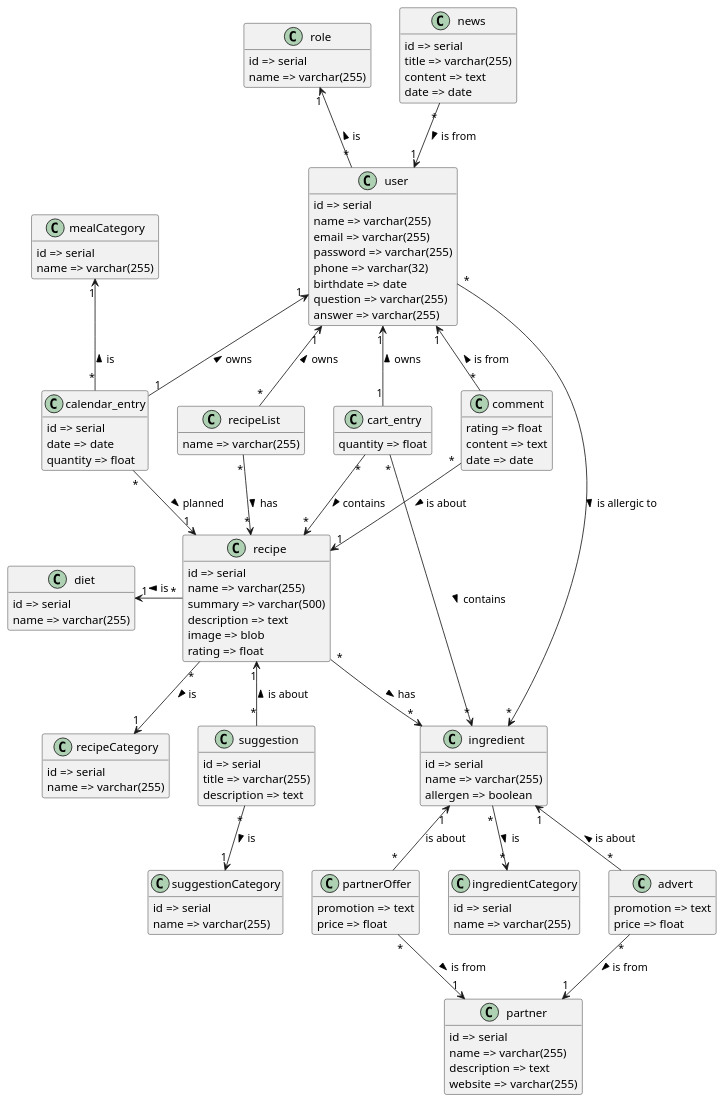
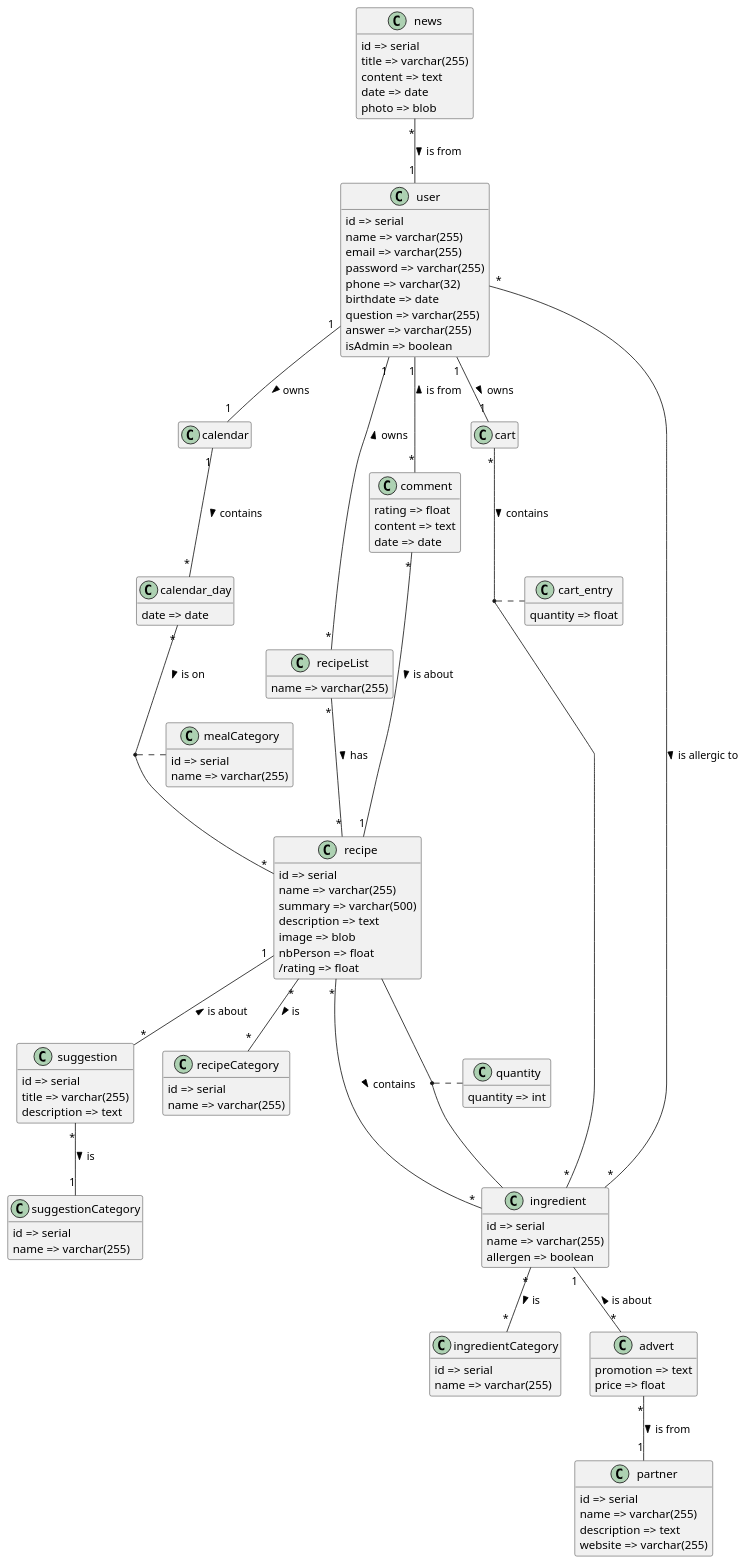
One commit to iusildra/WineCellar changed the diagram in doc/reports/domainAnalysis/plantuml/model.plantuml. Above: the diagram before and after it, drawn with PlantUML.

Commit message:
Updated model diagram

```diff
--- a/doc/reports/domainAnalysis/plantuml/model.plantuml
+++ b/doc/reports/domainAnalysis/plantuml/model.plantuml
@@ -1,142 +1,136 @@
 @startuml model
 hide empty members
-
-class diet {
-  {field} id => serial
-  {field} name => varchar(255)
-}
+' skinparam Linetype polyline
 
 class ingredientCategory {
   {field} id => serial
   {field} name => varchar(255)
 }
 
 class recipeCategory {
   {field} id => serial
   {field} name => varchar(255)
 }
 
 class suggestionCategory {
   {field} id => serial
   {field} name => varchar(255)
 }
 
 class mealCategory {
   {field} id => serial
   {field} name => varchar(255)
 }
 
-class role {
-  {field} id => serial
-  {field} name => varchar(255)
-}
-
 class ingredient {
   {field} id => serial
   {field} name => varchar(255)
   {field} allergen => boolean
 }
 
 class recipe {
   {field} id => serial
   {field} name => varchar(255)
   {field} summary => varchar(500)
   {field} description => text
   {field} image => blob
-  {field} rating => float
+  {field} nbPerson => float
+  {field} /rating => float
 }
 
 
 class advert {
   {field} promotion => text
   {field} price => float
 }
 
 class suggestion {
   {field} id => serial
   {field} title => varchar(255)
   {field} description => text
 }
 
 
 class comment {
   {field} rating => float
   {field} content => text
   {field} date => date
 }
 
+class calendar
 
-class calendar_entry {
-  {field} id => serial
+class calendar_day {
   {field} date => date
-  {field} quantity => float
 }
 
 
 class recipeList {
   {field} name => varchar(255)
 }
 
+class cart {
+}
 
 class cart_entry {
   quantity => float
 }
 
 class partner {
   {field} id => serial
   {field} name => varchar(255)
   {field} description => text
   {field} website => varchar(255)
 }
 
-class partnerOffer {
-  {field} promotion => text
-  {field} price => float
-}
-
 class news {
   {field} id => serial
   {field} title => varchar(255)
   {field} content => text
   {field} date => date
+  {field} photo => blob
 }
 
 class user {
   {field} id => serial
   {field} name => varchar(255)
   {field} email => varchar(255)
   {field} password => varchar(255)
   {field} phone => varchar(32)
   {field} birthdate => date
   {field} question => varchar(255)
   {field} answer => varchar(255)
+  {field} isAdmin => boolean
 }
 
-advert "*"        -u-> "1" ingredient: > is about
-partnerOffer "*"  -u-> "1" ingredient: is about
-cart_entry "*"          --> "*" ingredient: > contains
-recipe "*"        --> "*" ingredient: > has
-user "*"          --> "*" ingredient: > is allergic to
+class quantity {
+  {field} quantity => int
+}
 
-advert "*"        --> "1" partner: > is from
-partnerOffer "*"  --> "1" partner: > is from
+user "1"          -- "1" cart: > owns
+calendar "1" -- "*" calendar_day: > contains
 
-calendar_entry "*"      --> "1" recipe: > planned
-comment "*"       --> "1" recipe: > is about
-cart_entry "*"          --> "*" recipe: > contains
-recipeList "*"    --> "*" recipe: > has
-suggestion "*"    -u-> "1" recipe: > is about
+advert "*"        -u- "1" ingredient: > is about
+user "*"          -- "*" ingredient: > is allergic to
 
-calendar_entry "1"      -u-> "1" user: > owns
-cart_entry "1"          -u-> "1" user: > owns
-recipeList "*"    -u-> "1" user: > owns
-comment "*"       -u-> "1" user: > is from
-news "*"          --> "1" user: > is from
+advert "*"        -- "1" partner: > is from
 
-calendar_entry "*"      -u-> "1" mealCategory: > is
-ingredient "*"    --> "*" ingredientCategory: > is
-recipe "*"        --> "1" recipeCategory: > is
-recipe "*"        -l-> "1" diet: > is
-suggestion "*"    -d-> "1" suggestionCategory: > is
-user "*"          -u-> "1" role: > is
+comment "*"       -- "1" recipe: > is about
+recipeList "*"    -- "*" recipe: > has
+suggestion "*"    -u- "1" recipe: > is about
+
+cart "*"             -- "*" ingredient: > contains
+(recipe, ingredient) .. quantity
+recipe "*"           -- "*" ingredient: > contains
+(cart, ingredient)   .. cart_entry
+calendar_day "*"     -- "*" recipe: > is on
+(calendar_day, recipe)   .. mealCategory
+
+calendar "1"      -u- "1" user: < owns
+recipeList "*"    -u- "1" user: > owns
+comment "*"       -u- "1" user: > is from
+news "*"          -- "1" user: > is from
+
+ingredient "*"    -- "*" ingredientCategory: > is
+recipe "*"        -- "*" recipeCategory: > is
+suggestion "*"    -d- "1" suggestionCategory: > is
 @enduml
```
